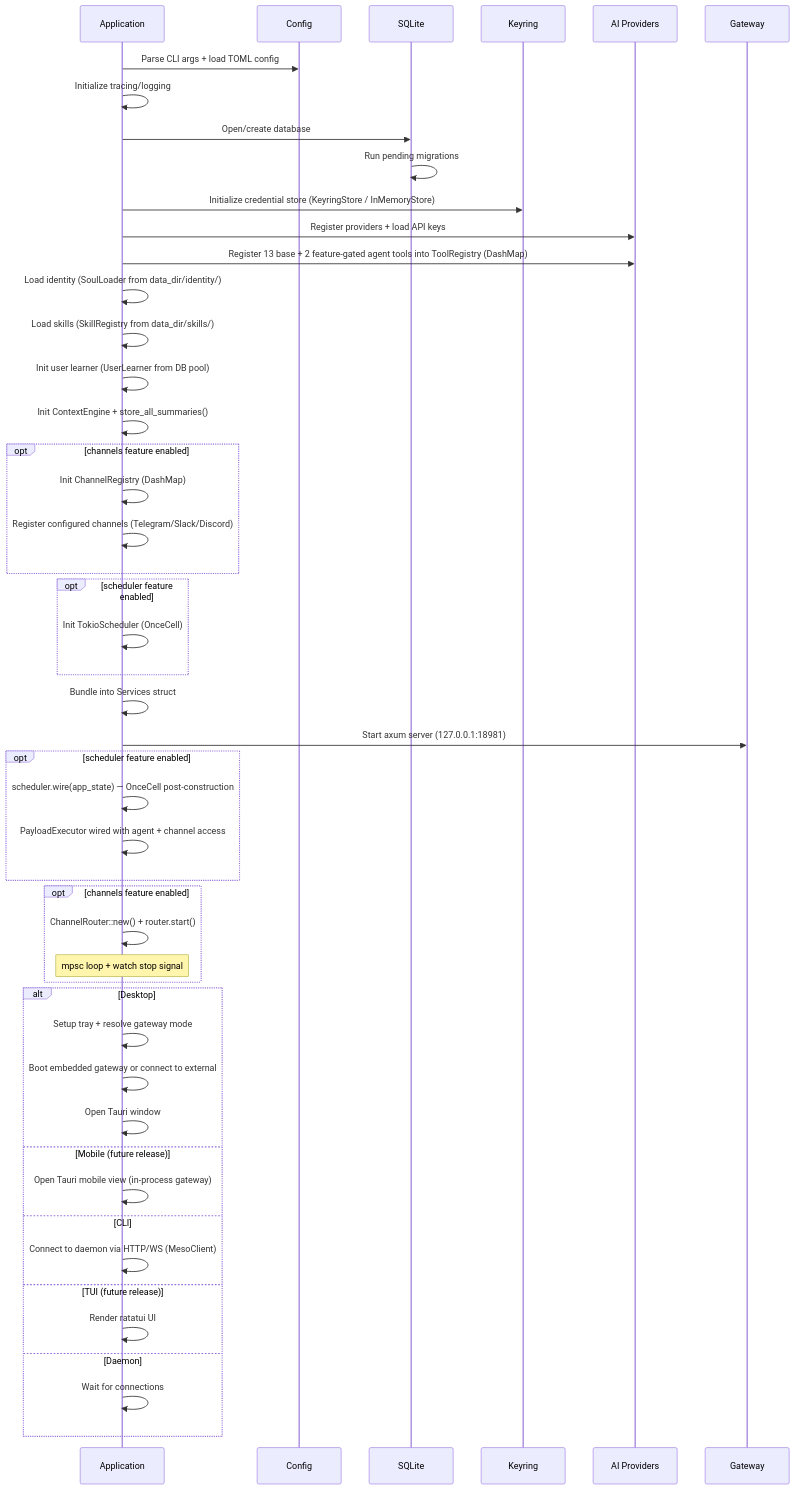
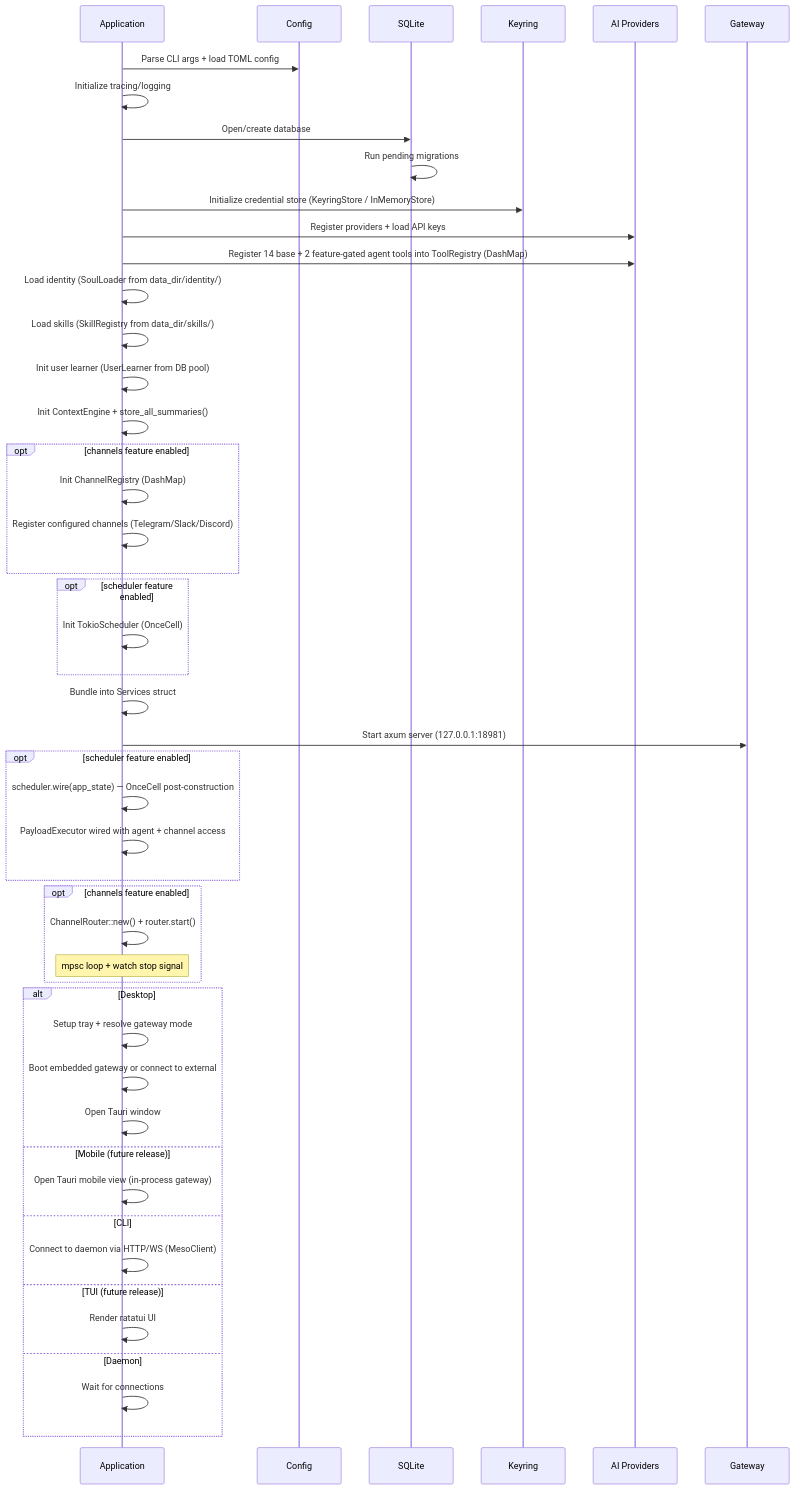
One commit to sprklai/zenii changed the second of 23 diagrams in docs/processes.md. Above: the diagram before and after it, drawn with Mermaid. The commit also changed other lines of this file and 3 other files, not shown here.

First line of the commit message:
docs: update README, architecture, phases, and processes for post-v0.0.10 features

````diff
--- a/docs/processes.md
+++ b/docs/processes.md
@@ -71,52 +74,52 @@
 ```mermaid
 sequenceDiagram
     participant App as Application
     participant Cfg as Config
     participant DB as SQLite
     participant Cred as Keyring
     participant AI as AI Providers
     participant GW as Gateway
 
     App->>Cfg: Parse CLI args + load TOML config
     App->>App: Initialize tracing/logging
     App->>DB: Open/create database
     DB->>DB: Run pending migrations
     App->>Cred: Initialize credential store (KeyringStore / InMemoryStore)
     App->>AI: Register providers + load API keys
-    App->>AI: Register 13 base + 2 feature-gated agent tools into ToolRegistry (DashMap)
+    App->>AI: Register 14 base + 2 feature-gated agent tools into ToolRegistry (DashMap)
     App->>App: Load identity (SoulLoader from data_dir/identity/)
     App->>App: Load skills (SkillRegistry from data_dir/skills/)
     App->>App: Init user learner (UserLearner from DB pool)
     App->>App: Init ContextEngine + store_all_summaries()
     opt channels feature enabled
         App->>App: Init ChannelRegistry (DashMap)
         App->>App: Register configured channels (Telegram/Slack/Discord)
     end
     opt scheduler feature enabled
         App->>App: Init TokioScheduler (OnceCell)
     end
     App->>App: Bundle into Services struct
     App->>GW: Start axum server (127.0.0.1:18981)
     opt scheduler feature enabled
         App->>App: scheduler.wire(app_state) — OnceCell post-construction
         App->>App: PayloadExecutor wired with agent + channel access
     end
     opt channels feature enabled
         App->>App: ChannelRouter::new() + router.start()
         Note over App: mpsc loop + watch stop signal
     end
 
     alt Desktop
         App->>App: Setup tray + resolve gateway mode
         App->>App: Boot embedded gateway or connect to external
         App->>App: Open Tauri window
     else Mobile (future release)
         App->>App: Open Tauri mobile view (in-process gateway)
     else CLI
         App->>App: Connect to daemon via HTTP/WS (MesoClient)
     else TUI (future release)
         App->>App: Render ratatui UI
     else Daemon
         App->>App: Wait for connections
     end
 ```
````
